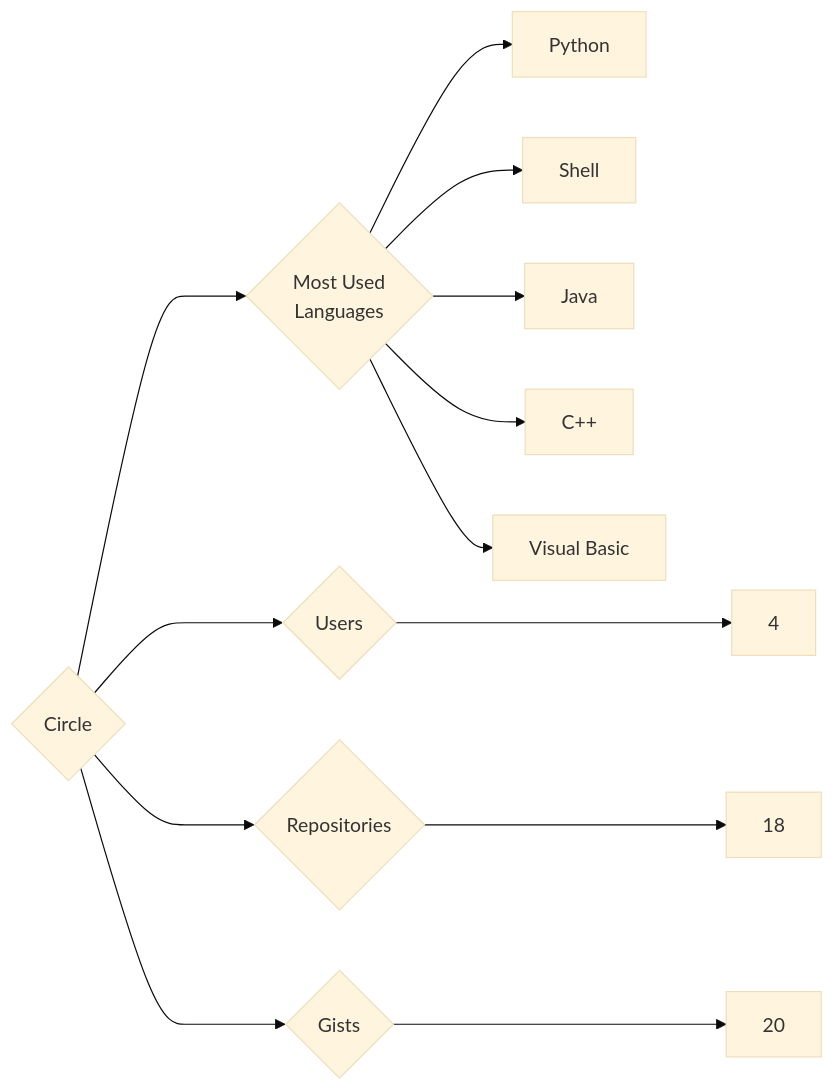
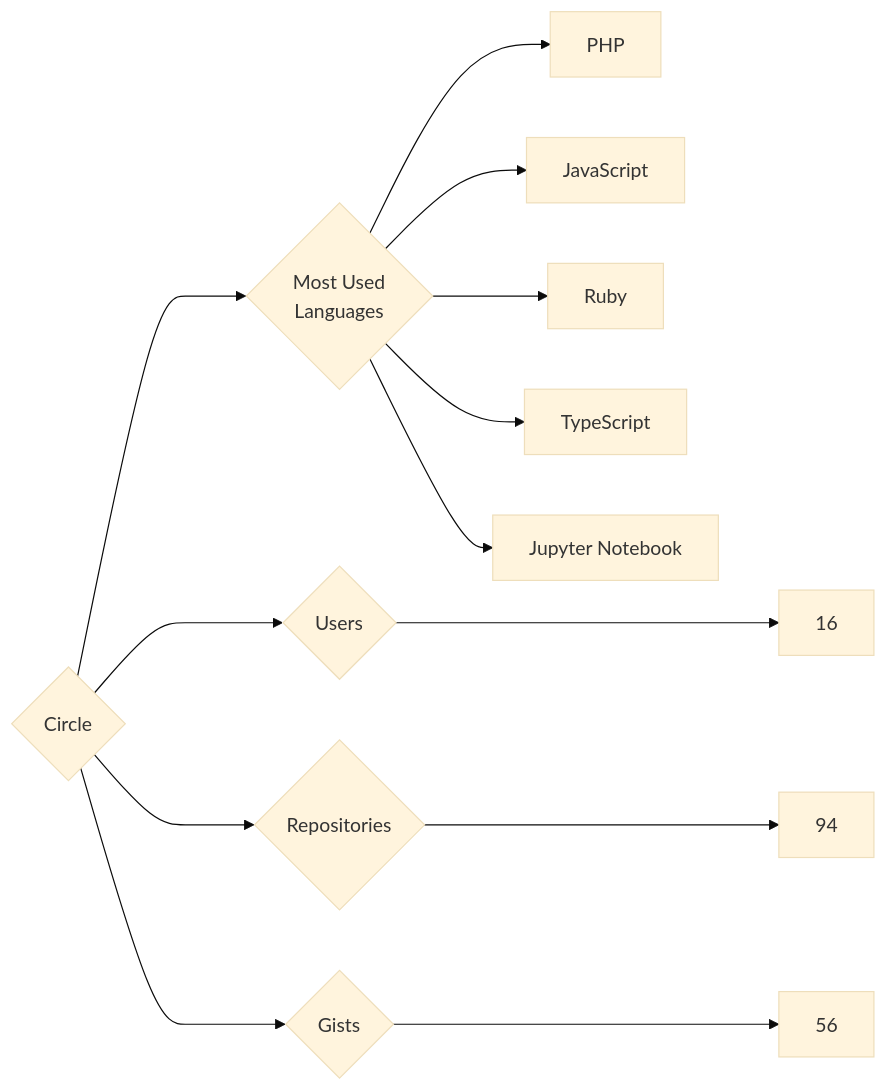
One commit to trickest/insiders changed the diagram in targets/Circle/README.md. Above: the diagram before and after it, drawn with Mermaid (base theme). The commit also changed 715 other files, not shown here.

````diff
--- a/targets/Circle/README.md
+++ b/targets/Circle/README.md
@@ -3,13 +3,13 @@
 ```mermaid
 graph LR
 COMPANY_NAME{Circle}
-COMPANY_NAME ---> U{Users} ---> UN[4]
-COMPANY_NAME ---> R{Repositories} ---> RN[18]
-COMPANY_NAME ---> G{Gists} ---> GN[20]
+COMPANY_NAME ---> U{Users} ---> UN[16]
+COMPANY_NAME ---> R{Repositories} ---> RN[94]
+COMPANY_NAME ---> G{Gists} ---> GN[56]
 COMPANY_NAME ---> ML{Most Used<br>Languages}
-ML --> Python[Python]
-ML --> Shell[Shell]
-ML --> Java[Java]
-ML --> C++[C++]
-ML --> Visual_Basic[Visual Basic]
+ML --> PHP[PHP]
+ML --> JavaScript[JavaScript]
+ML --> Ruby[Ruby]
+ML --> TypeScript[TypeScript]
+ML --> Jupyter_Notebook[Jupyter Notebook]
 ```
````
